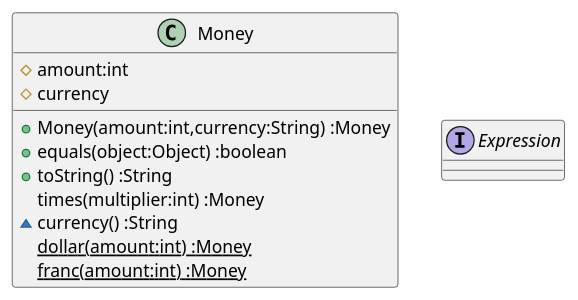
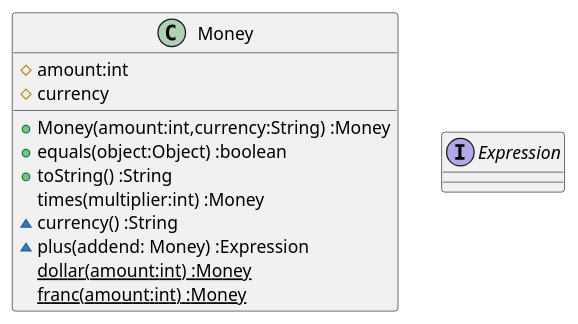
Before and after one commit to k2works/etude_for_java: the diagram in docs/src/TDD.md, drawn with PlantUML. The commit also changed 3 other files, not shown here.

````diff
--- a/docs/src/TDD.md
+++ b/docs/src/TDD.md
@@ -47,14 +47,15 @@
 ```puml
 class Money {
   #amount:int
   #currency  
   +Money(amount:int,currency:String) :Money
   +equals(object:Object) :boolean  
   +toString() :String
   times(multiplier:int) :Money
   ~currency() :String
+  ~plus(addend: Money) :Expression
   {static} dollar(amount:int) :Money
   {static} franc(amount:int) :Money  
 }
 interface Expression
 ```
````
